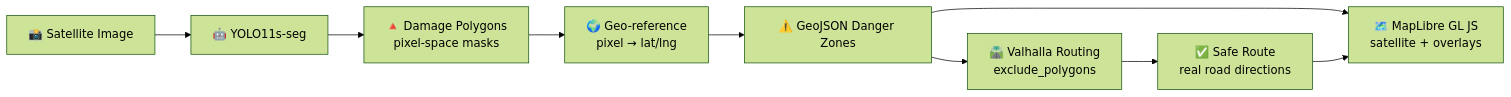
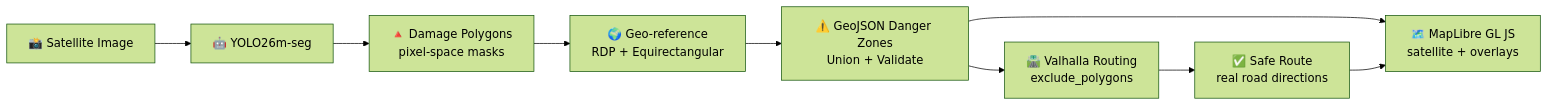
The first of 2 diagrams in docs/implementation_plan_v3.md (GraphoLogiCode/PathFinder), drawn with Mermaid (forest theme) before and after one commit. The commit also changed other lines of this file and 1 other file, not shown here.

Commit message:
docs: update backend plan to v3 architecture (Valhalla, georef pipeline, real xView2 stubs)

````diff
--- a/docs/implementation_plan_v3.md
+++ b/docs/implementation_plan_v3.md
@@ -31,11 +31,11 @@
 ```mermaid
 flowchart LR
-    A[📸 Satellite Image] --> B[🤖 YOLO11s-seg]
+    A[📸 Satellite Image] --> B[🤖 YOLO26m-seg]
     B --> C[🔺 Damage Polygons<br/>pixel-space masks]
-    C --> D[🌍 Geo-reference<br/>pixel → lat/lng]
-    D --> E[⚠️ GeoJSON Danger Zones]
+    C --> D[🌍 Geo-reference<br/>RDP + Equirectangular]
+    D --> E[⚠️ GeoJSON Danger Zones<br/>Union + Validate]
     E --> F[🛣️ Valhalla Routing<br/>exclude_polygons]
     F --> G[✅ Safe Route<br/>real road directions]
     E --> H[🗺️ MapLibre GL JS<br/>satellite + overlays]
     G --> H
 ```
````
